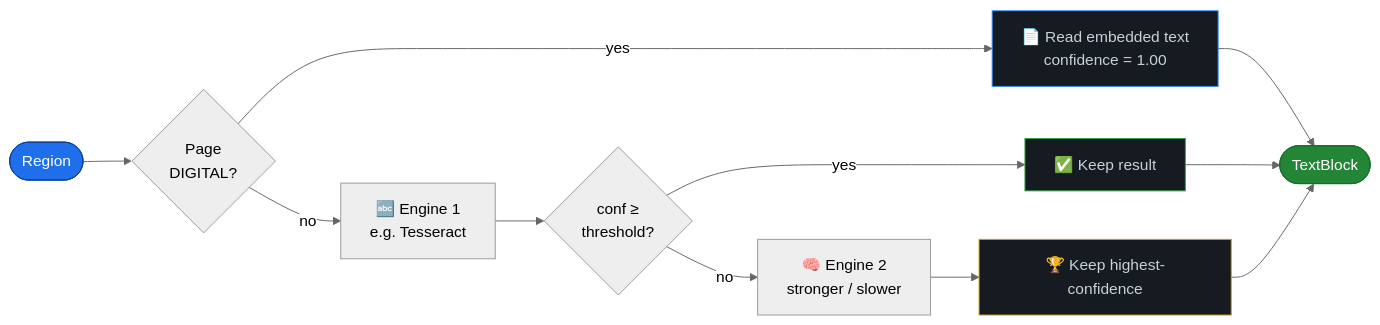
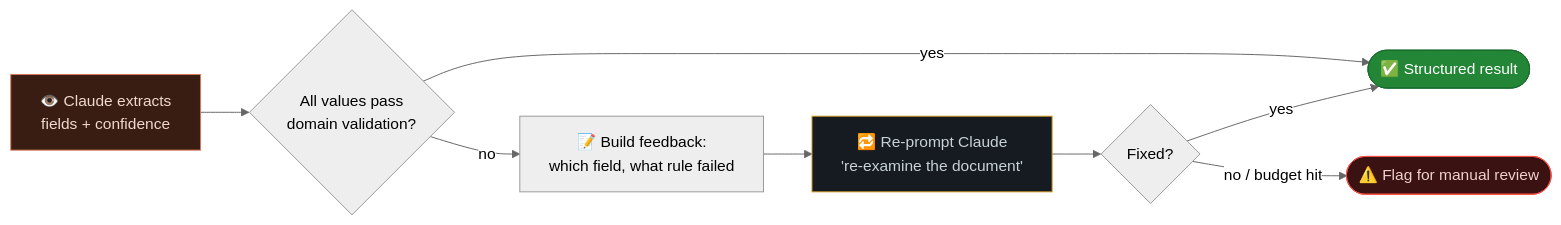
The third of 3 diagrams in README.md (ighorj/agentic-documment-intelligence), drawn with Mermaid (neutral theme) before and after one commit. The commit also changed other lines of this file and 10 other files, not shown here.

First line of the commit message:
Add AI-native Claude extraction engine (vision + self-correction)

````diff
--- a/README.md
+++ b/README.md
@@ -194,19 +129,15 @@
 ```mermaid
 flowchart LR
-    START([Region]) --> DIG{Page<br/>DIGITAL?}
-    DIG -- yes --> EMB[📄 Read embedded text<br/>confidence = 1.00]
-    DIG -- no --> E1[🔤 Engine 1<br/>e.g. Tesseract]
-    E1 --> C1{conf ≥<br/>threshold?}
-    C1 -- yes --> KEEP[✅ Keep result]
-    C1 -- no --> E2[🧠 Engine 2<br/>stronger / slower]
-    E2 --> BEST[🏆 Keep highest-confidence]
-    EMB --> DONE([TextBlock])
-    KEEP --> DONE
-    BEST --> DONE
+    EX[👁️ Claude extracts<br/>fields + confidence] --> VAL{All values pass<br/>domain validation?}
+    VAL -- yes --> DONE([✅ Structured result])
+    VAL -- no --> FB[📝 Build feedback:<br/>which field, what rule failed]
+    FB --> RE[🔁 Re-prompt Claude<br/>'re-examine the document']
+    RE --> VAL2{Fixed?}
+    VAL2 -- yes --> DONE
+    VAL2 -- no / budget hit --> FLAG([⚠️ Flag for manual review])
 
-    style START fill:#1f6feb,stroke:#0d419d,color:#fff
+    style EX fill:#3a1d12,stroke:#d97757,color:#f0d9cf
     style DONE fill:#238636,stroke:#196c2e,color:#fff
-    style EMB fill:#161b22,stroke:#388bfd,color:#c9d1d9
-    style KEEP fill:#161b22,stroke:#2ea043,color:#c9d1d9
-    style BEST fill:#161b22,stroke:#d29922,color:#c9d1d9
+    style FLAG fill:#3a1212,stroke:#f85149,color:#f0cfcf
+    style RE fill:#161b22,stroke:#d29922,color:#c9d1d9
 ```
````
